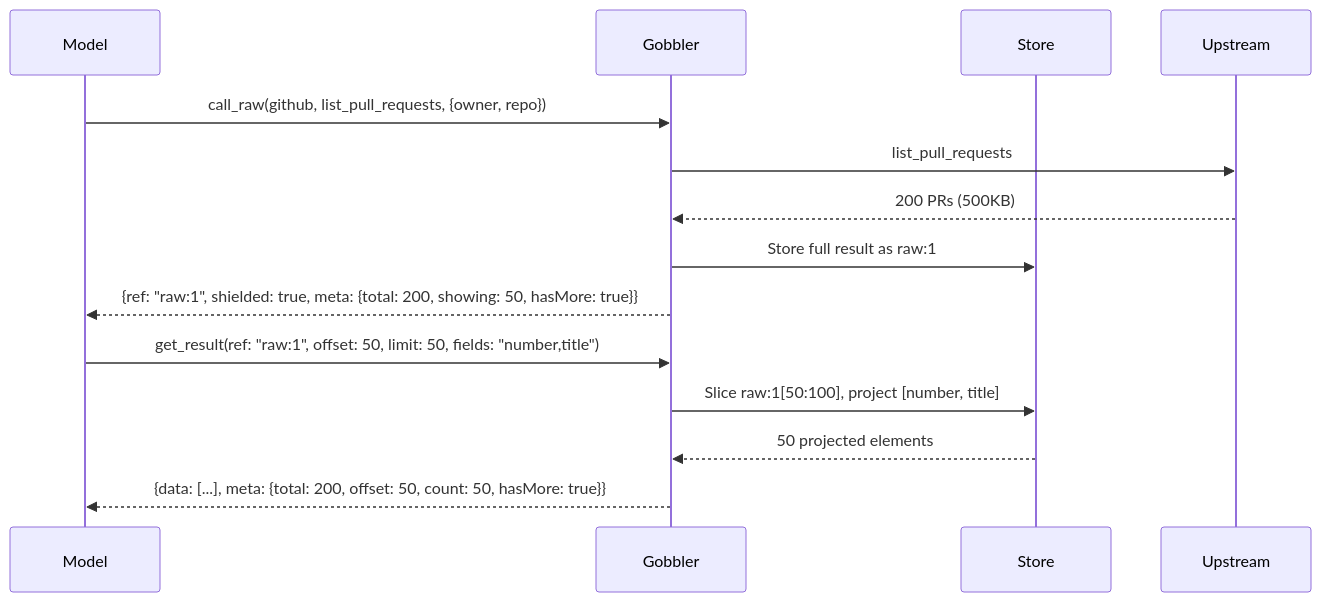
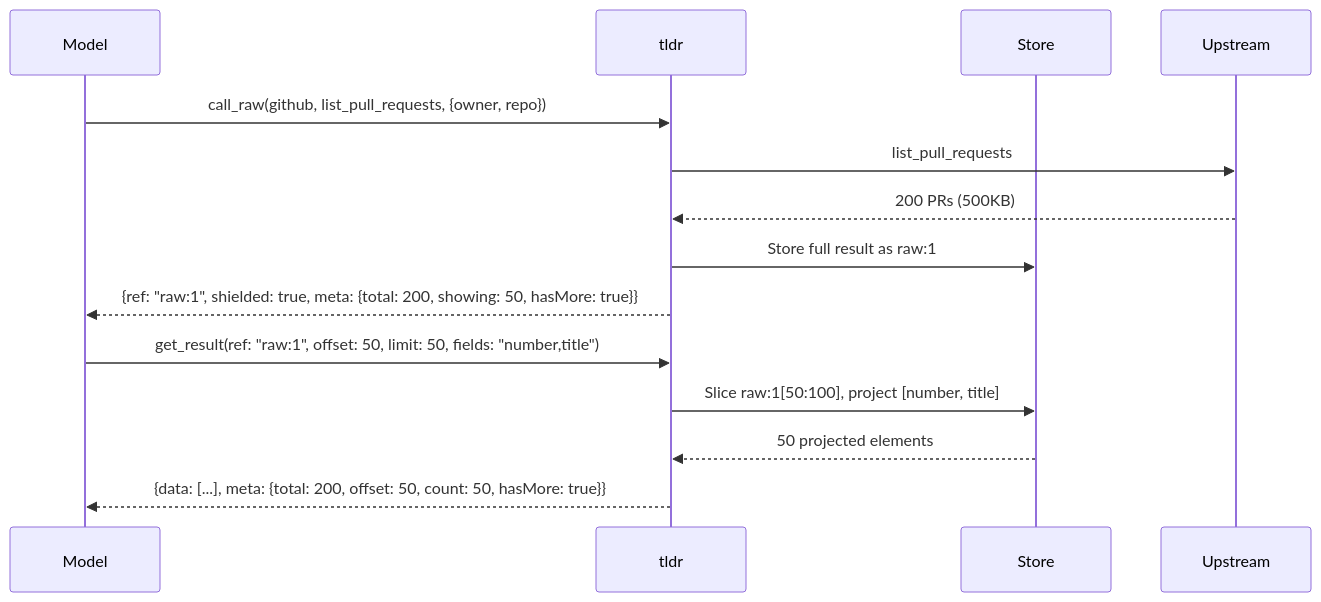
One commit to robinojw/tldr changed the third of 6 diagrams in README.md. Above: the diagram before and after it, drawn with Mermaid. The commit also changed other lines of this file and 29 other files, not shown here.

First line of the commit message:
Rename project from gobbler to tldr

````diff
--- a/README.md
+++ b/README.md
@@ -90,17 +90,17 @@
 ```mermaid
 sequenceDiagram
     participant Model
-    participant Gobbler
+    participant tldr
     participant Store
     participant Upstream
 
-    Model->>Gobbler: call_raw(github, list_pull_requests, {owner, repo})
-    Gobbler->>Upstream: list_pull_requests
-    Upstream-->>Gobbler: 200 PRs (500KB)
-    Gobbler->>Store: Store full result as raw:1
-    Gobbler-->>Model: {ref: "raw:1", shielded: true, meta: {total: 200, showing: 50, hasMore: true}}
-    Model->>Gobbler: get_result(ref: "raw:1", offset: 50, limit: 50, fields: "number,title")
-    Gobbler->>Store: Slice raw:1[50:100], project [number, title]
-    Store-->>Gobbler: 50 projected elements
-    Gobbler-->>Model: {data: [...], meta: {total: 200, offset: 50, count: 50, hasMore: true}}
+    Model->>tldr: call_raw(github, list_pull_requests, {owner, repo})
+    tldr->>Upstream: list_pull_requests
+    Upstream-->>tldr: 200 PRs (500KB)
+    tldr->>Store: Store full result as raw:1
+    tldr-->>Model: {ref: "raw:1", shielded: true, meta: {total: 200, showing: 50, hasMore: true}}
+    Model->>tldr: get_result(ref: "raw:1", offset: 50, limit: 50, fields: "number,title")
+    tldr->>Store: Slice raw:1[50:100], project [number, title]
+    Store-->>tldr: 50 projected elements
+    tldr-->>Model: {data: [...], meta: {total: 200, offset: 50, count: 50, hasMore: true}}
 ```
````
